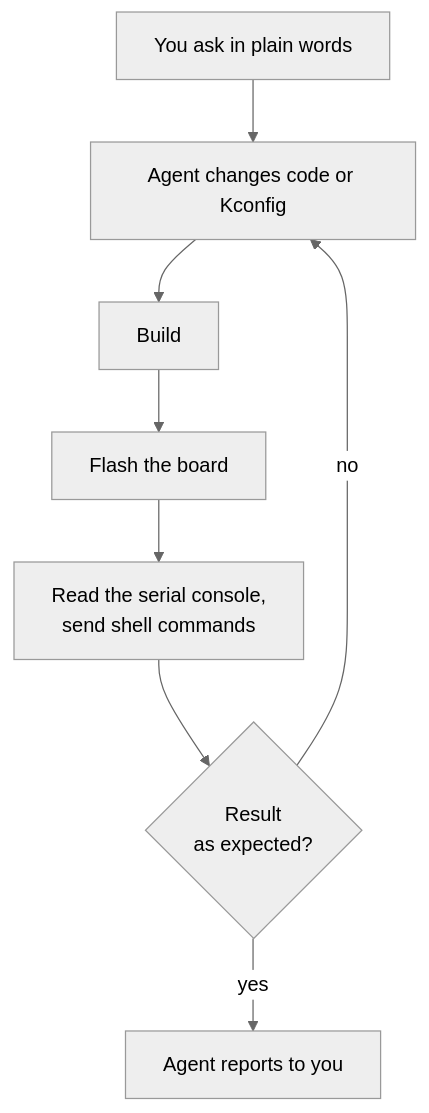
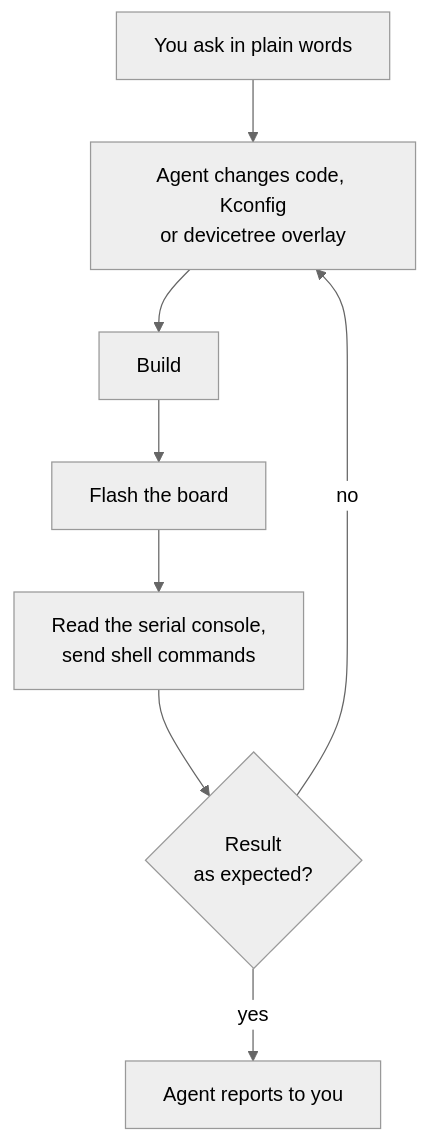
The diagram in docs/tutorials/ai-agent-hardware-in-the-loop.md (Ac6Embedded/vscode-zephyr-workbench-docs), drawn with Mermaid (neutral theme) before and after one commit. The commit also changed other lines of this file and 7 other files, not shown here.

````diff
--- a/docs/tutorials/ai-agent-hardware-in-the-loop.md
+++ b/docs/tutorials/ai-agent-hardware-in-the-loop.md
@@ -31,10 +44,10 @@
 ```mermaid
 flowchart TB
-  ask["You ask in plain words"] --> change["Agent changes code or Kconfig"]
+  ask["You ask in plain words"] --> change["Agent changes code, Kconfig<br/>or devicetree overlay"]
   change --> build["Build"]
   build --> flash["Flash the board"]
   flash --> read["Read the serial console,<br/>send shell commands"]
   read --> check{"Result<br/>as expected?"}
   check -- no --> change
   check -- yes --> report["Agent reports to you"]
 ```
````
